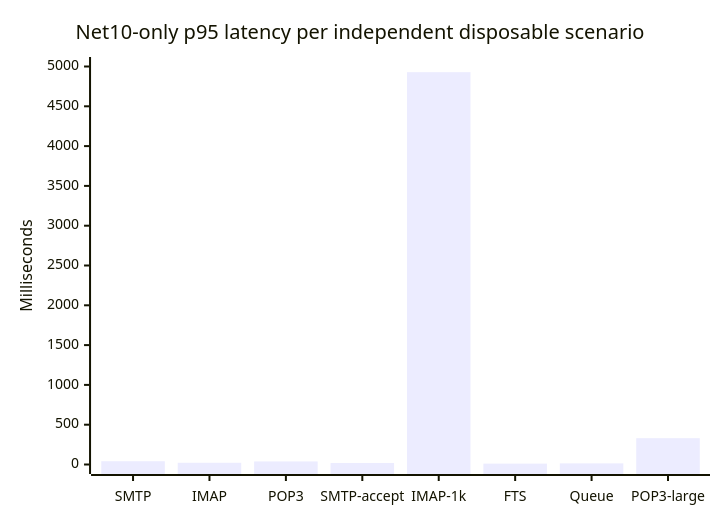
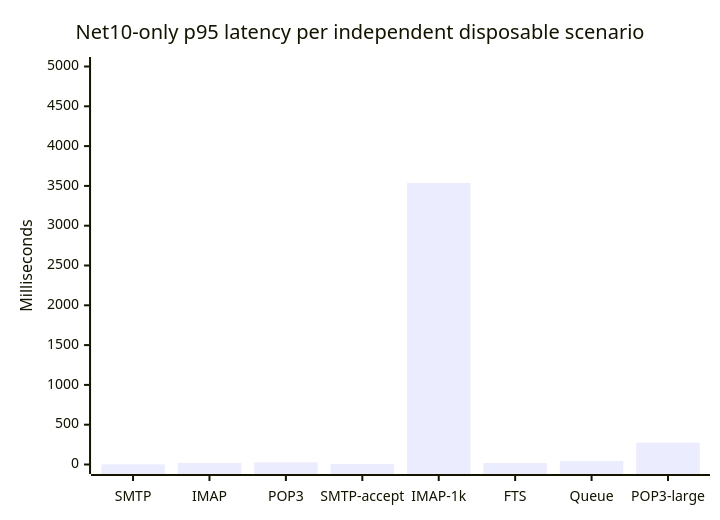
Before and after one commit to mk148a/hmailserver: the first of 5 diagrams in hmailserver/source/Server.Net10/PERFORMANCE_COMPARISON_REPORT.md, drawn with Mermaid. The commit also changed other lines of this file and 4 other files, not shown here.

````diff
--- a/hmailserver/source/Server.Net10/PERFORMANCE_COMPARISON_REPORT.md
+++ b/hmailserver/source/Server.Net10/PERFORMANCE_COMPARISON_REPORT.md
@@ -25,7 +25,7 @@
 ```mermaid
 xychart-beta
     title "Net10-only p95 latency per independent disposable scenario"
     x-axis [SMTP, IMAP, POP3, SMTP-accept, IMAP-1k, FTS, Queue, POP3-large]
     y-axis "Milliseconds" 0 --> 5000
-    bar [41.375, 21.887, 38.402, 18.449, 4928.655, 11.050, 14.257, 330.576]
+    bar [1.330, 19.775, 27.875, 7.031, 3536.025, 17.852, 43.910, 275.177]
 ```
````
